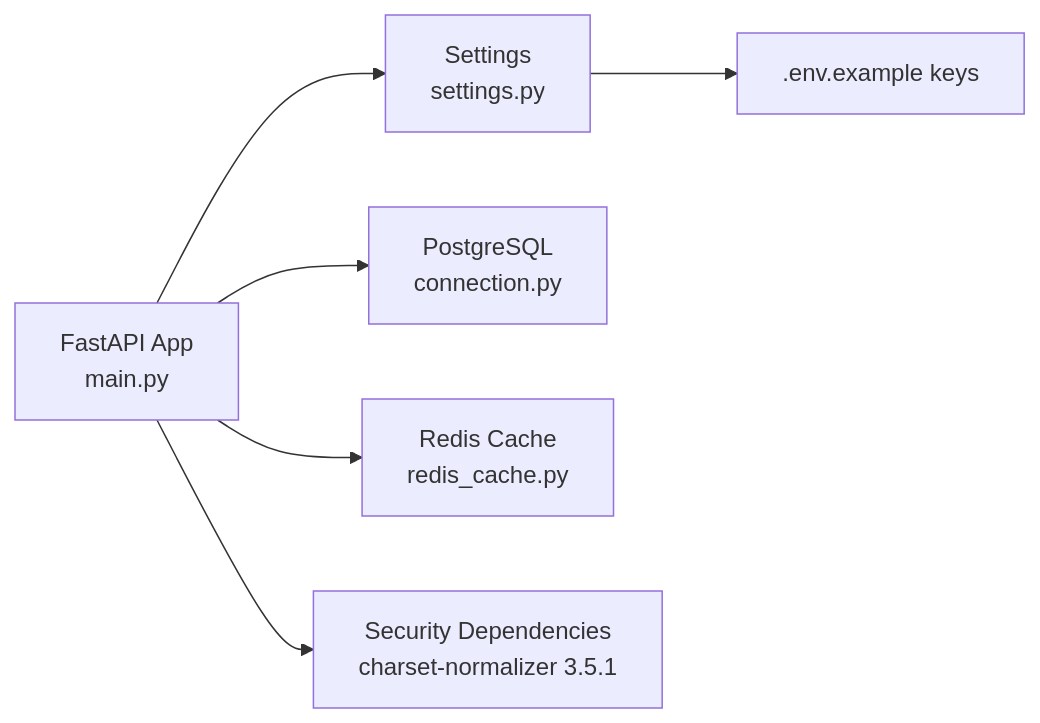
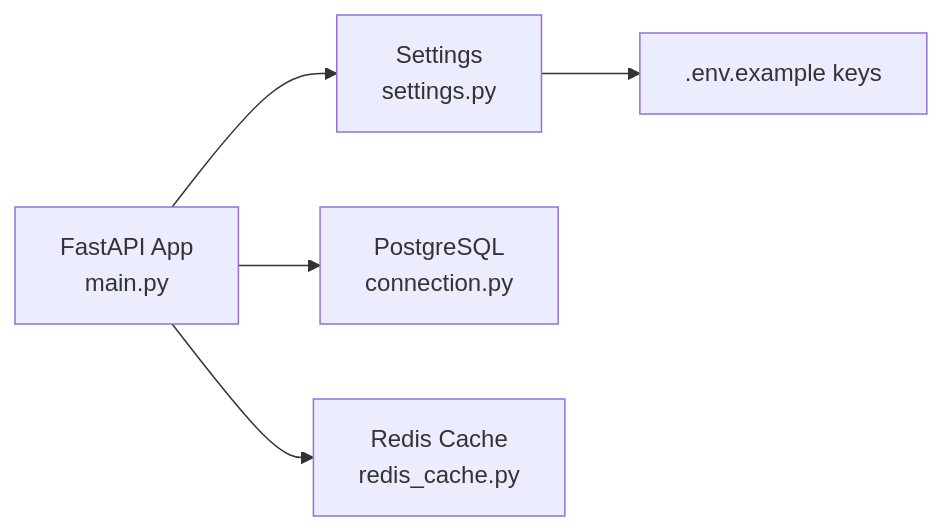
The third of 4 diagrams in .qoder/repowiki/en/content/Deployment & Operations/Containerization & Deployment.md (Muhammad-Masood/tijarah-ai-backend), drawn with Mermaid before and after one commit. The commit also changed other lines of this file and 4 other files, not shown here.

````diff
--- a/.qoder/repowiki/en/content/Deployment & Operations/Containerization & Deployment.md
+++ b/.qoder/repowiki/en/content/Deployment & Operations/Containerization & Deployment.md
@@ -333,8 +326,7 @@
 ```mermaid
 graph LR
 APP["FastAPI App<br/>main.py"] --> CFG["Settings<br/>settings.py"]
 APP --> DB["PostgreSQL<br/>connection.py"]
 APP --> REDIS["Redis Cache<br/>redis_cache.py"]
 CFG --> ENV[".env.example keys"]
-APP --> SEC["Security Dependencies<br/>charset-normalizer 3.5.1"]
 ```
````
